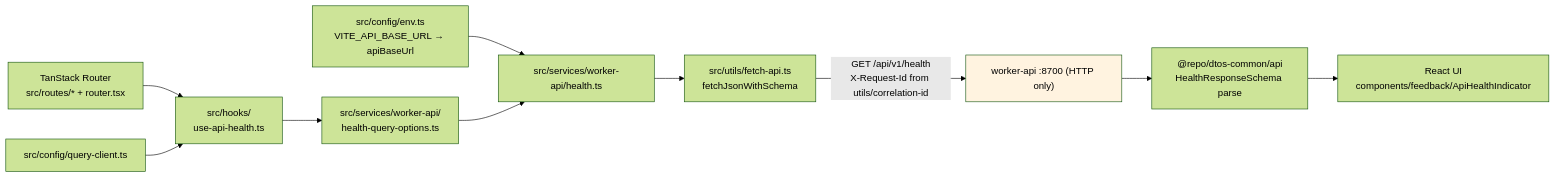
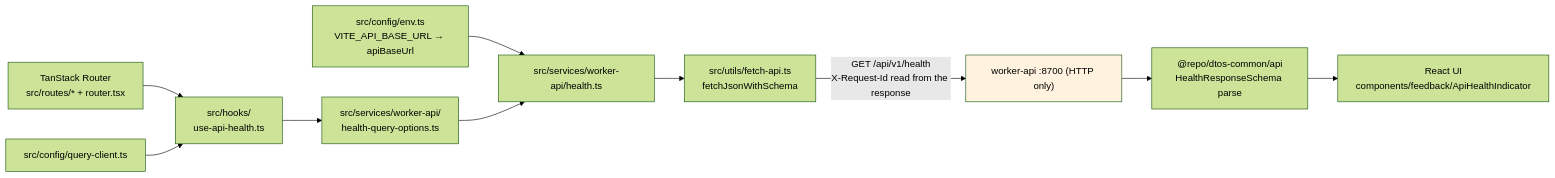
One commit to louisbrulenaudet/monorepo-template changed the diagram in apps/front-app/README.md. Above: the diagram before and after it, drawn with Mermaid (forest theme). The commit also changed 157 other files, not shown here.

````diff
--- a/apps/front-app/README.md
+++ b/apps/front-app/README.md
@@ -17,14 +17,14 @@
 ```mermaid
 flowchart LR
   Router["TanStack Router<br/>src/routes/* + router.tsx"] --> Hooks["src/hooks/<br/>use-api-health.ts"]
   QueryClient["src/config/query-client.ts"] --> Hooks
   Env["src/config/env.ts<br/>VITE_API_BASE_URL → apiBaseUrl"] --> Svc
   Hooks --> QO["src/services/worker-api/<br/>health-query-options.ts"]
   QO --> Svc["src/services/worker-api/health.ts"]
   Svc --> Fetch["src/utils/fetch-api.ts<br/>fetchJsonWithSchema"]
-  Fetch -- "GET /api/v1/health<br/>X-Request-Id from utils/correlation-id" --> API["worker-api :8700 (HTTP only)"]
+  Fetch -- "GET /api/v1/health<br/>X-Request-Id read from the response" --> API["worker-api :8700 (HTTP only)"]
   API --> Parse["@repo/dtos-common/api<br/>HealthResponseSchema parse"]
   Parse --> UI["React UI<br/>components/feedback/ApiHealthIndicator"]
 
   style API fill:#fff3e0
 ```
````
